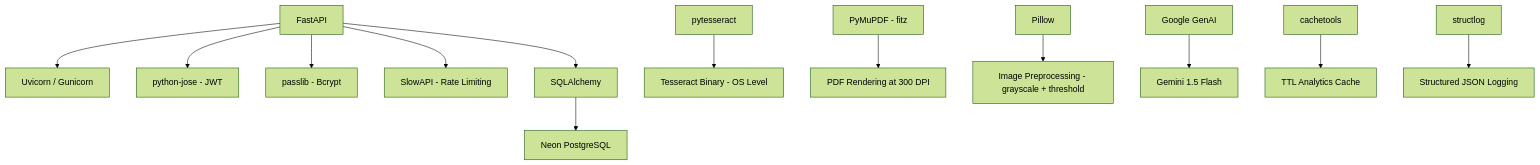
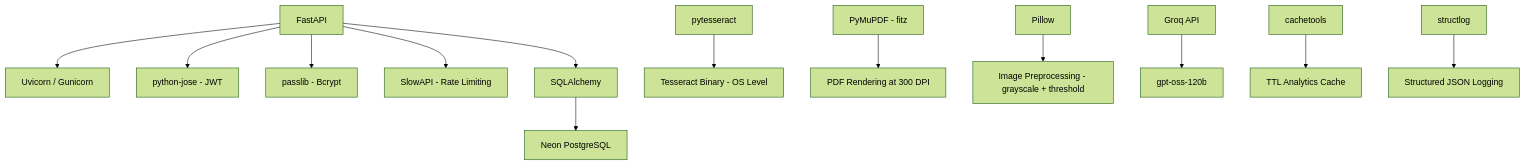
The fourth of 4 diagrams in ARCHITECTURE.md (VRCHAMPION/gst_invoice_scanner), drawn with Mermaid (forest theme) before and after one commit. The commit also changed other lines of this file and 1 other file, not shown here.

Commit message:
Docs: match model name to parser (Groq gpt-oss-120b)

````diff
--- a/ARCHITECTURE.md
+++ b/ARCHITECTURE.md
@@ -256,15 +256,15 @@
 ```mermaid
 graph TD
     A[FastAPI] --> B[Uvicorn / Gunicorn]
     A --> C[python-jose - JWT]
     A --> D[passlib - Bcrypt]
     A --> E[SlowAPI - Rate Limiting]
     A --> F[SQLAlchemy]
     F --> G[Neon PostgreSQL]
     H[pytesseract] --> I[Tesseract Binary - OS Level]
     J[PyMuPDF - fitz] --> K[PDF Rendering at 300 DPI]
     L[Pillow] --> M[Image Preprocessing - grayscale + threshold]
-    N[Google GenAI] --> O[Gemini 1.5 Flash]
+    N[Groq API] --> O[gpt-oss-120b]
     P[cachetools] --> Q[TTL Analytics Cache]
     R[structlog] --> S[Structured JSON Logging]
 ```
````
